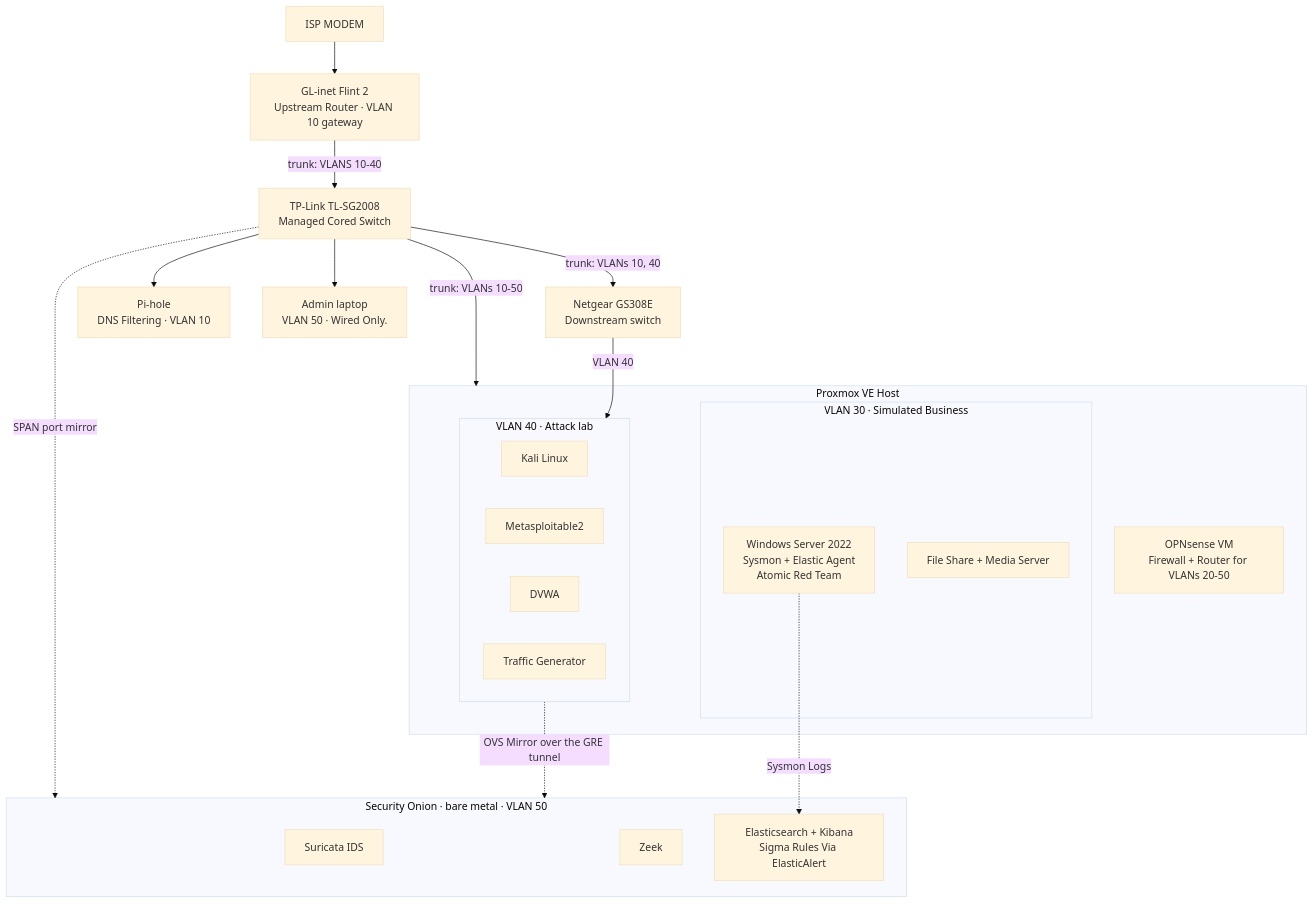
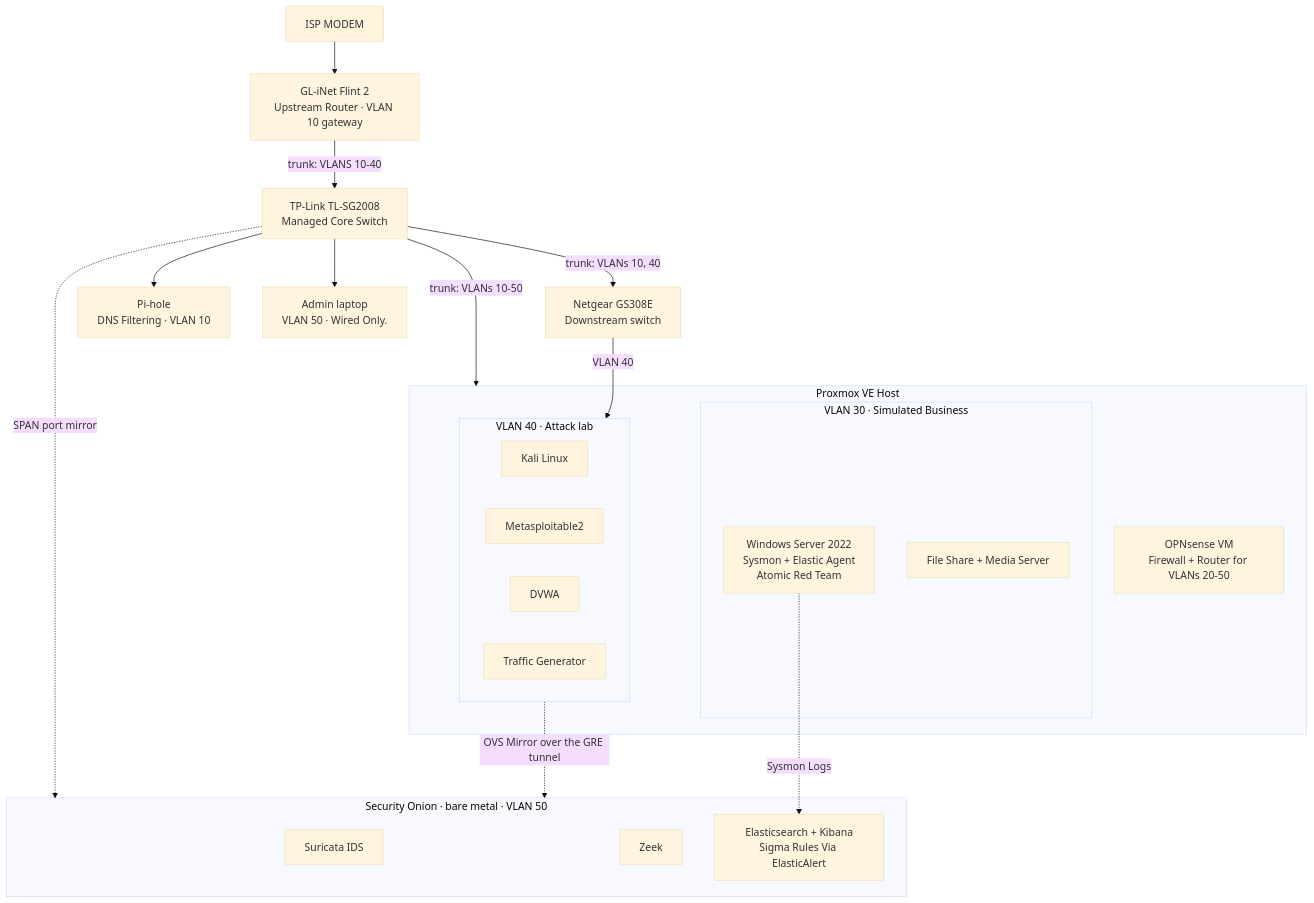
One commit to cormack42/soc-homelab changed the diagram in docs/architecture.md. Above: the diagram before and after it, drawn with Mermaid (base theme). The commit also changed other lines of this file, not shown here.

```diff
--- a/docs/architecture.md
+++ b/docs/architecture.md
@@ -7,11 +7,11 @@
 
 %%----------Layer 1: The Network----------
 
-ISP[ISP MODEM] --> FLINT[GL-inet Flint 2<br/>Upstream Router · VLAN 10 gateway]
+ISP[ISP MODEM] --> FLINT[GL-iNet Flint 2<br/>Upstream Router · VLAN 10 gateway]
 
 %%Flint sends ONE cable (a trunk) to the TP-Link Switch.
 %%That cable carries VLANs 10-40, each tagged with its number.
-FLINT -->| trunk: VLANS 10-40| TPL[TP-Link TL-SG2008<br/>Managed Cored Switch]
+FLINT -->| trunk: VLANS 10-40| TPL[TP-Link TL-SG2008<br/>Managed Core Switch]
 
 %%Everything below hangs off the TP-Link.
 
```
